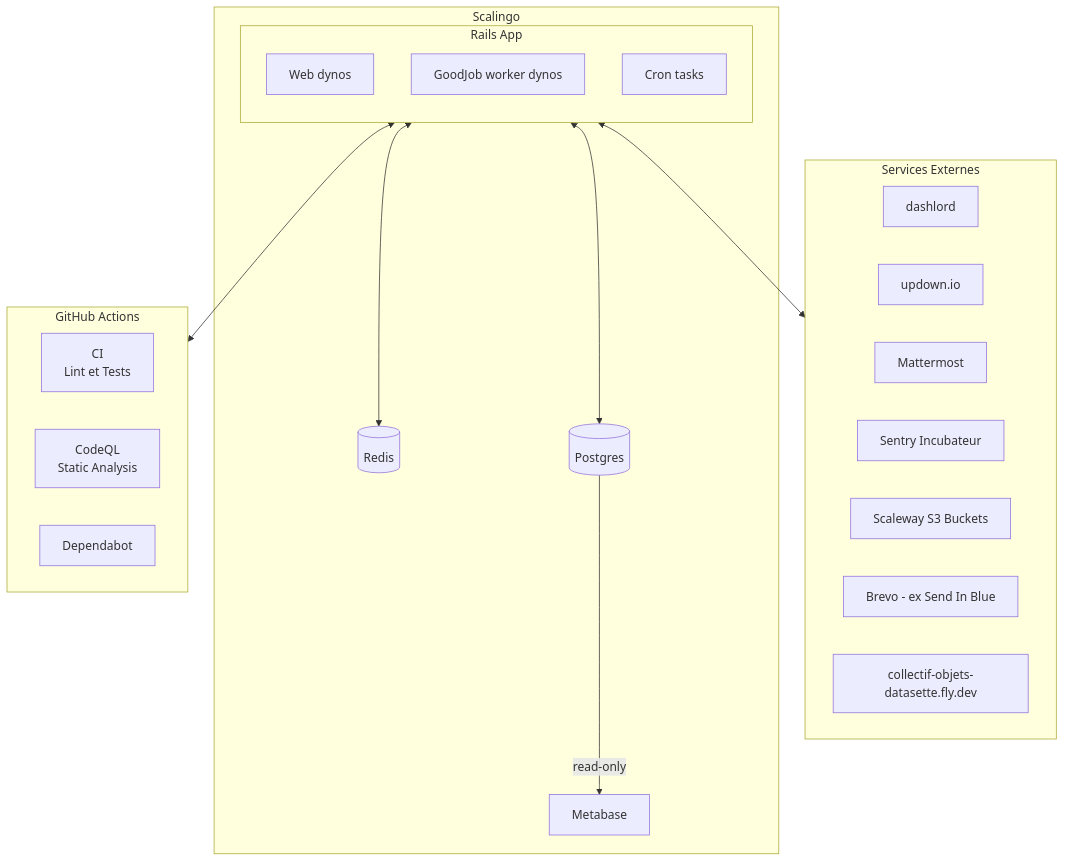
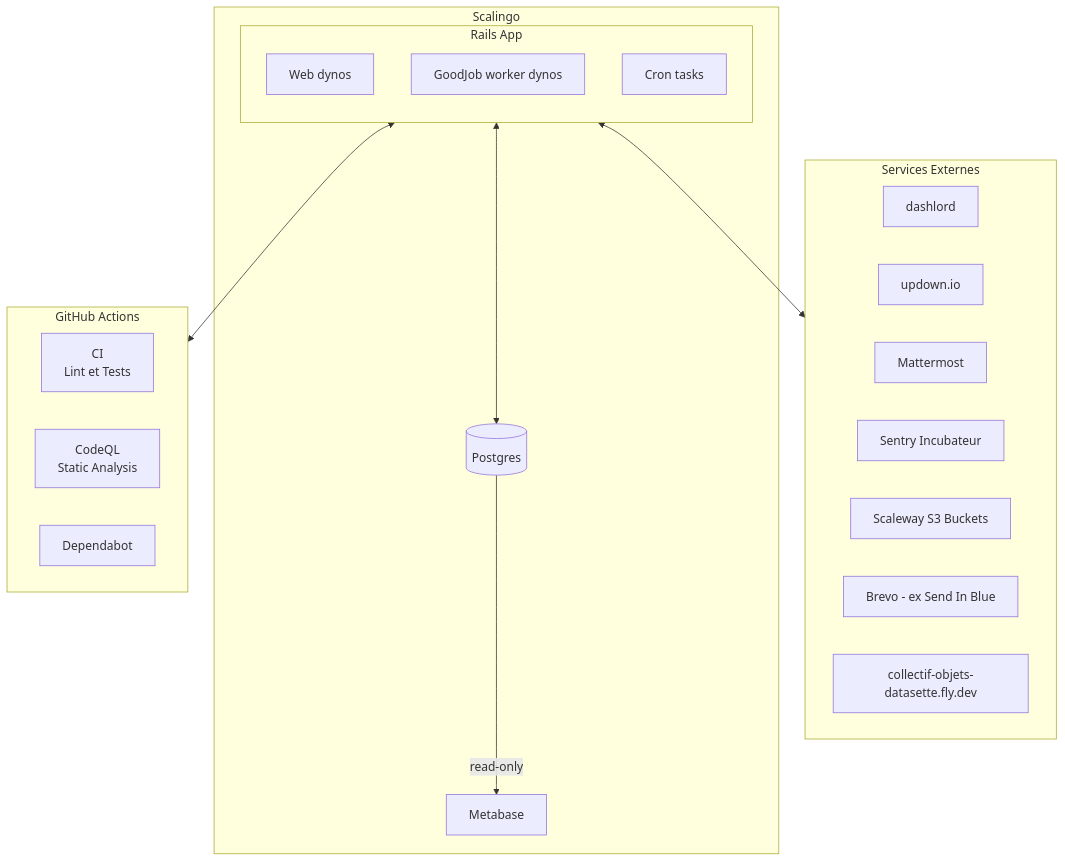
One commit to betagouv/collectif-objets changed the first of 4 diagrams in README.md. Above: the diagram before and after it, drawn with Mermaid. The commit also changed 11 other files, not shown here.

````diff
--- a/README.md
+++ b/README.md
@@ -196,31 +196,30 @@
 ```mermaid
 flowchart TB
 
   subgraph ext[Services Externes]
     dashlord
     updown.io
     Mattermost
     Sentry[Sentry Incubateur]
     s3[Scaleway S3 Buckets]
     brevo[Brevo - ex Send In Blue]
     datasette[collectif-objets-datasette.fly.dev]
   end
   subgraph scalingo[Scalingo]
     subgraph rails[Rails App]
       direction TB
       web[Web dynos]
       worker[GoodJob worker dynos]
       cron[Cron tasks]
     end
-    rails <--> redis[(Redis)]
     rails <--> postgres[(Postgres)]
     postgres -- read-only --> metabase[Metabase]
   end
   subgraph github[GitHub Actions]
     ci[CI\nLint et Tests]
     codeql[CodeQL\nStatic Analysis]
     dependabot[Dependabot]
   end
   rails <--> github
   rails <--> ext
 ```
````
